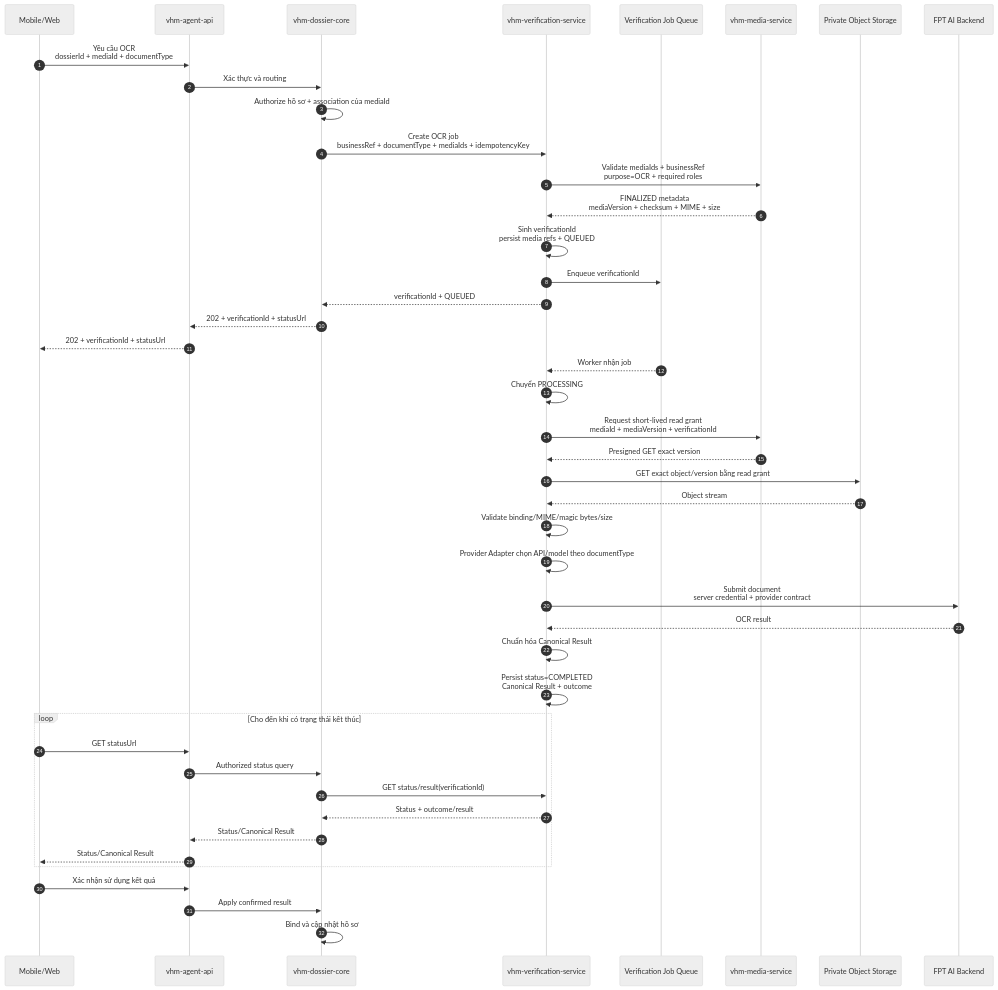
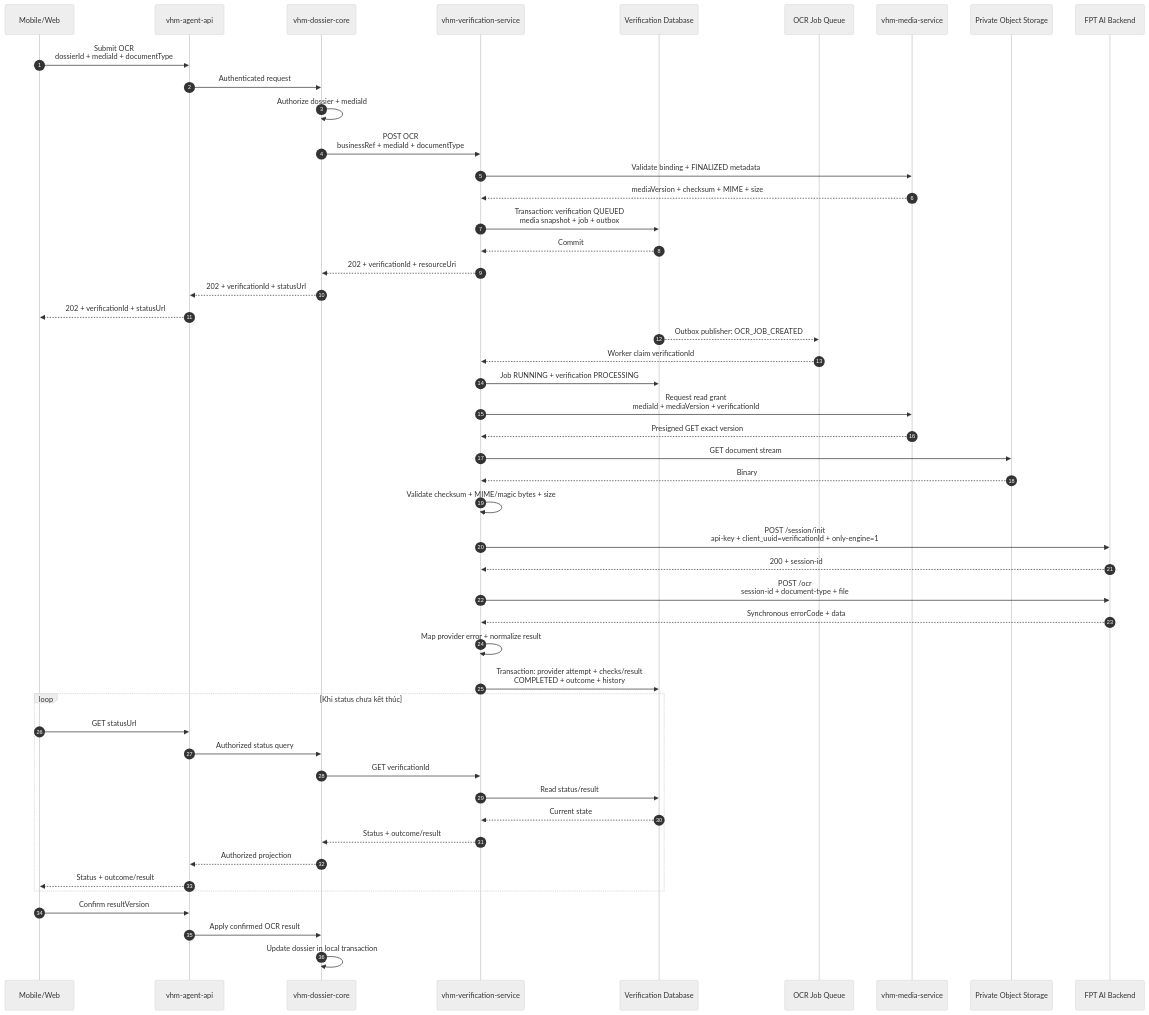
Before and after one commit to huynv-xyz/vhm: the fourth of 5 diagrams in noxh.md, drawn with Mermaid (neutral theme). The commit also changed other lines of this file, not shown here.

````diff
--- a/noxh.md
+++ b/noxh.md
@@ -278,52 +218,58 @@
 ```mermaid
 sequenceDiagram
     autonumber
     participant CLIENT as Mobile/Web
     participant BFF as vhm-agent-api
-    participant NOXH as vhm-dossier-core
-    participant OCR as vhm-verification-service
-    participant QUEUE as Verification Job Queue
+    participant DOSSIER as vhm-dossier-core
+    participant VERIFY as vhm-verification-service
+    participant DB as Verification Database
+    participant QUEUE as OCR Job Queue
     participant MEDIA_API as vhm-media-service
-    participant MEDIA as Private Object Storage
-    participant PROVIDER as FPT AI Backend
+    participant STORAGE as Private Object Storage
+    participant FPT as FPT AI Backend
 
-    CLIENT->>BFF: Yêu cầu OCR<br/>dossierId + mediaId + documentType
-    BFF->>NOXH: Xác thực và routing
-    NOXH->>NOXH: Authorize hồ sơ + association của mediaId
-    NOXH->>OCR: Create OCR job<br/>businessRef + documentType + mediaIds + idempotencyKey
-    OCR->>MEDIA_API: Validate mediaIds + businessRef<br/>purpose=OCR + required roles
-    MEDIA_API-->>OCR: FINALIZED metadata<br/>mediaVersion + checksum + MIME + size
-    OCR->>OCR: Sinh verificationId<br/>persist media refs + QUEUED
-    OCR->>QUEUE: Enqueue verificationId
-    OCR-->>NOXH: verificationId + QUEUED
-    NOXH-->>BFF: 202 + verificationId + statusUrl
+    CLIENT->>BFF: Submit OCR<br/>dossierId + mediaId + documentType
+    BFF->>DOSSIER: Authenticated request
+    DOSSIER->>DOSSIER: Authorize dossier + mediaId
+    DOSSIER->>VERIFY: POST OCR<br/>businessRef + mediaId + documentType
+    VERIFY->>MEDIA_API: Validate binding + FINALIZED metadata
+    MEDIA_API-->>VERIFY: mediaVersion + checksum + MIME + size
+    VERIFY->>DB: Transaction: verification QUEUED<br/>media snapshot + job + outbox
+    DB-->>VERIFY: Commit
+    VERIFY-->>DOSSIER: 202 + verificationId + resourceUri
+    DOSSIER-->>BFF: 202 + verificationId + statusUrl
     BFF-->>CLIENT: 202 + verificationId + statusUrl
 
-    QUEUE-->>OCR: Worker nhận job
-    OCR->>OCR: Chuyển PROCESSING
-    OCR->>MEDIA_API: Request short-lived read grant<br/>mediaId + mediaVersion + verificationId
-    MEDIA_API-->>OCR: Presigned GET exact version
-    OCR->>MEDIA: GET exact object/version bằng read grant
-    MEDIA-->>OCR: Object stream
-    OCR->>OCR: Validate binding/MIME/magic bytes/size
+    DB-->>QUEUE: Outbox publisher: OCR_JOB_CREATED
+    QUEUE-->>VERIFY: Worker claim verificationId
+    VERIFY->>DB: Job RUNNING + verification PROCESSING
 
-    OCR->>OCR: Provider Adapter chọn API/model theo documentType
-    OCR->>PROVIDER: Submit document<br/>server credential + provider contract
-    PROVIDER-->>OCR: OCR result
+    VERIFY->>MEDIA_API: Request read grant<br/>mediaId + mediaVersion + verificationId
+    MEDIA_API-->>VERIFY: Presigned GET exact version
+    VERIFY->>STORAGE: GET document stream
+    STORAGE-->>VERIFY: Binary
+    VERIFY->>VERIFY: Validate checksum + MIME/magic bytes + size
 
-    OCR->>OCR: Chuẩn hóa Canonical Result
-    OCR->>OCR: Persist status=COMPLETED<br/>Canonical Result + outcome
+    VERIFY->>FPT: POST /session/init<br/>api-key + client_uuid=verificationId + only-engine=1
+    FPT-->>VERIFY: 200 + session-id
+    VERIFY->>FPT: POST /ocr<br/>session-id + document-type + file
+    FPT-->>VERIFY: Synchronous errorCode + data
 
-    loop Cho đến khi có trạng thái kết thúc
+    VERIFY->>VERIFY: Map provider error + normalize result
+    VERIFY->>DB: Transaction: provider attempt + checks/result<br/>COMPLETED + outcome + history
+
+    loop Khi status chưa kết thúc
         CLIENT->>BFF: GET statusUrl
-        BFF->>NOXH: Authorized status query
-        NOXH->>OCR: GET status/result(verificationId)
-        OCR-->>NOXH: Status + outcome/result
-        NOXH-->>BFF: Status/Canonical Result
-        BFF-->>CLIENT: Status/Canonical Result
+        BFF->>DOSSIER: Authorized status query
+        DOSSIER->>VERIFY: GET verificationId
+        VERIFY->>DB: Read status/result
+        DB-->>VERIFY: Current state
+        VERIFY-->>DOSSIER: Status + outcome/result
+        DOSSIER-->>BFF: Authorized projection
+        BFF-->>CLIENT: Status + outcome/result
     end
 
-    CLIENT->>BFF: Xác nhận sử dụng kết quả
-    BFF->>NOXH: Apply confirmed result
-    NOXH->>NOXH: Bind và cập nhật hồ sơ
+    CLIENT->>BFF: Confirm resultVersion
+    BFF->>DOSSIER: Apply confirmed OCR result
+    DOSSIER->>DOSSIER: Update dossier in local transaction
 ```
````
